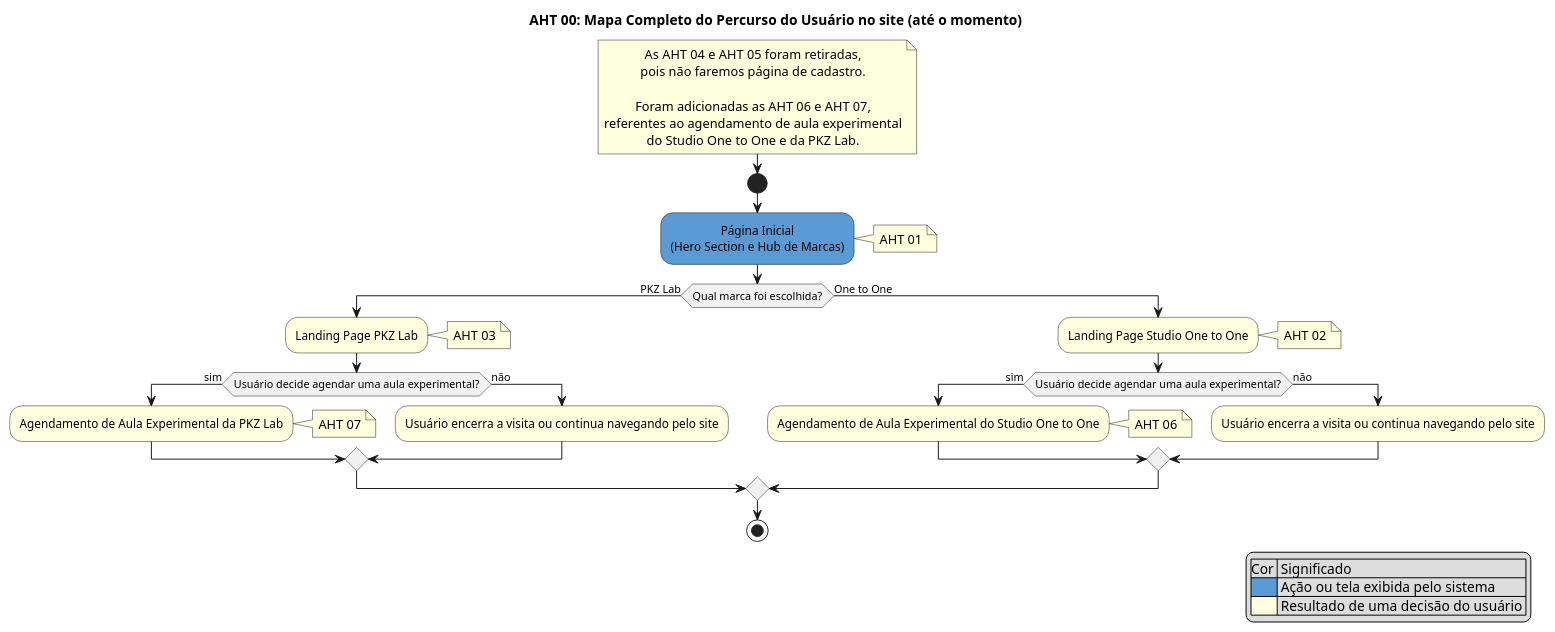
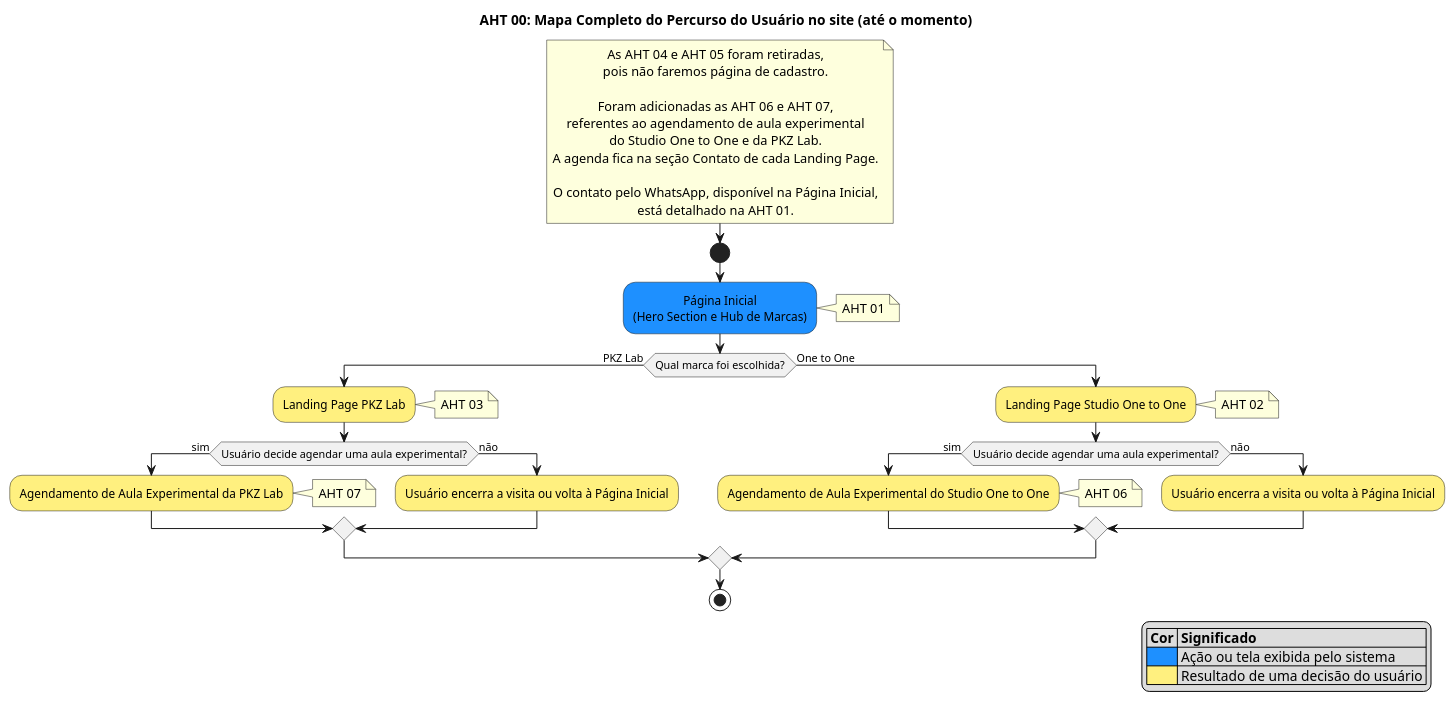
Before and after one commit to tav-ibmec/PFE-2026-2-Grupo-1-vanila: the diagram in Documentos/AHTs/AHT00-mapa-geral.puml, drawn with PlantUML. The commit also changed 1 other file, not shown here.

Commit message:
Atualizando a AHT 00

```diff
--- a/Documentos/AHTs/AHT00-mapa-geral.puml
+++ b/Documentos/AHTs/AHT00-mapa-geral.puml
@@ -1,51 +1,55 @@
 @startuml AHT00-mapa-geral
 
 skinparam DefaultTextAlignment center
 title AHT 00: Mapa Completo do Percurso do Usuário no site (até o momento)
 
 note right
   As AHT 04 e AHT 05 foram retiradas,
   pois não faremos página de cadastro.
 
   Foram adicionadas as AHT 06 e AHT 07,
   referentes ao agendamento de aula experimental
   do Studio One to One e da PKZ Lab.
+  A agenda fica na seção Contato de cada Landing Page.
+
+  O contato pelo WhatsApp, disponível na Página Inicial,
+  está detalhado na AHT 01.
 end note
 
 start
 
-#5B9BD5:Página Inicial\n(Hero Section e Hub de Marcas);
+#1E90FF:Página Inicial\n(Hero Section e Hub de Marcas);
 note right: AHT 01
 
 if (Qual marca foi escolhida?) then (PKZ Lab)
-  #lightyellow:Landing Page PKZ Lab;
+  #FFF07F:Landing Page PKZ Lab;
   note right: AHT 03
 
   if (Usuário decide agendar uma aula experimental?) then (sim)
-    #lightyellow:Agendamento de Aula Experimental da PKZ Lab;
+    #FFF07F:Agendamento de Aula Experimental da PKZ Lab;
     note right: AHT 07
   else (não)
-    #lightyellow:Usuário encerra a visita ou continua navegando pelo site;
+    #FFF07F:Usuário encerra a visita ou volta à Página Inicial;
   endif
 
 else (One to One)
-  #lightyellow:Landing Page Studio One to One;
+  #FFF07F:Landing Page Studio One to One;
   note right: AHT 02
 
   if (Usuário decide agendar uma aula experimental?) then (sim)
-    #lightyellow:Agendamento de Aula Experimental do Studio One to One;
+    #FFF07F:Agendamento de Aula Experimental do Studio One to One;
     note right: AHT 06
   else (não)
-    #lightyellow:Usuário encerra a visita ou continua navegando pelo site;
+    #FFF07F:Usuário encerra a visita ou volta à Página Inicial;
   endif
 endif
 
 legend right
-  |Cor | Significado|
-  |<#5B9BD5>| Ação ou tela exibida pelo sistema |
-  |<#lightyellow>| Resultado de uma decisão do usuário |
+  |= Cor |= Significado |
+  |<#1E90FF>| Ação ou tela exibida pelo sistema |
+  |<#FFF07F>| Resultado de uma decisão do usuário |
 endlegend
 
 stop
 
 @enduml
```
